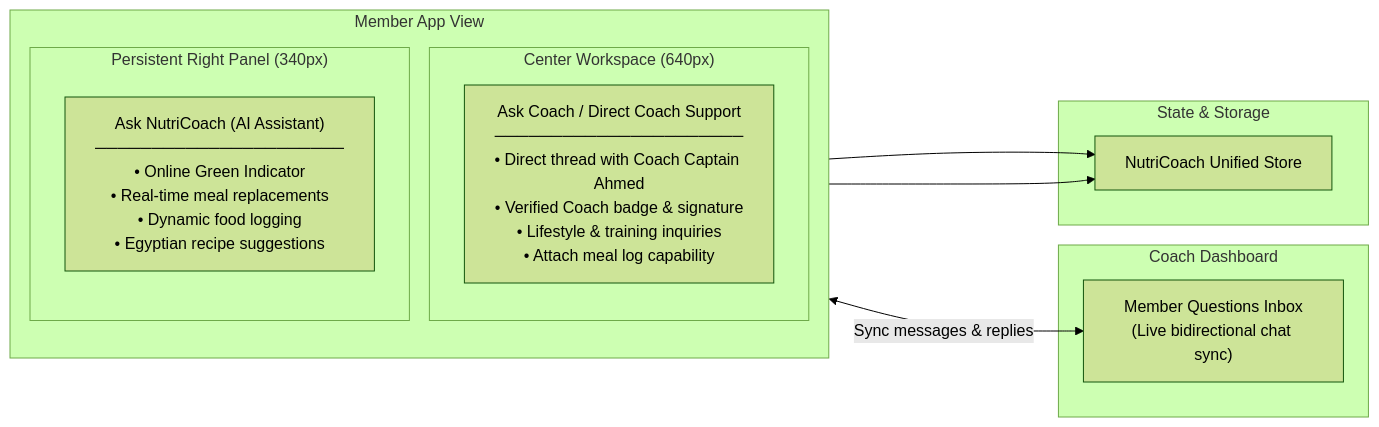
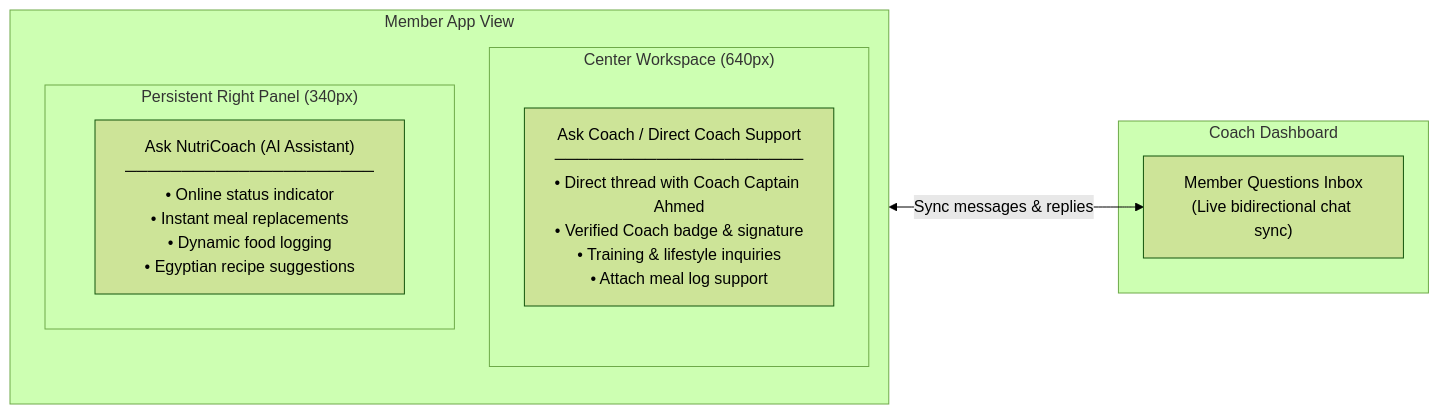
The third of 3 diagrams in README.md (Kholoud-Alsaady/nutricoach-app), drawn with Mermaid (forest theme) before and after one commit. The commit also changed other lines of this file, not shown here.

````diff
--- a/README.md
+++ b/README.md
@@ -121,24 +95,18 @@
 ```mermaid
 graph LR
     subgraph Member_Interface["Member App View"]
         direction TB
         subgraph Center_Workspace["Center Workspace (640px)"]
-            CDV["Ask Coach / Direct Coach Support<br/>──────────────────────<br/>• Direct thread with Coach Captain Ahmed<br/>• Verified Coach badge & signature<br/>• Lifestyle & training inquiries<br/>• Attach meal log capability"]
+            CDV["Ask Coach / Direct Coach Support<br/>──────────────────────<br/>• Direct thread with Coach Captain Ahmed<br/>• Verified Coach badge & signature<br/>• Training & lifestyle inquiries<br/>• Attach meal log support"]
         end
         subgraph Right_Panel["Persistent Right Panel (340px)"]
-            APC["Ask NutriCoach (AI Assistant)<br/>──────────────────────<br/>• Online Green Indicator<br/>• Real-time meal replacements<br/>• Dynamic food logging<br/>• Egyptian recipe suggestions"]
+            APC["Ask NutriCoach (AI Assistant)<br/>──────────────────────<br/>• Online status indicator<br/>• Instant meal replacements<br/>• Dynamic food logging<br/>• Egyptian recipe suggestions"]
         end
     end
 
     subgraph Coach_Workspace["Coach Dashboard"]
         MQ["Member Questions Inbox<br/>(Live bidirectional chat sync)"]
     end
 
-    subgraph State_Sync["State & Storage"]
-        STORE["NutriCoach Unified Store"]
-    end
-
     CDV <-->|Sync messages & replies| MQ
-    CDV --> STORE
-    APC --> STORE
 ```
````
